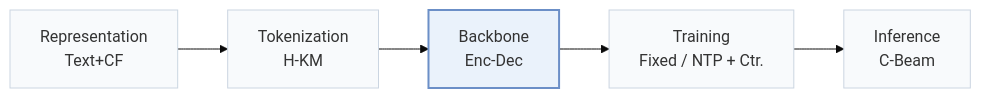
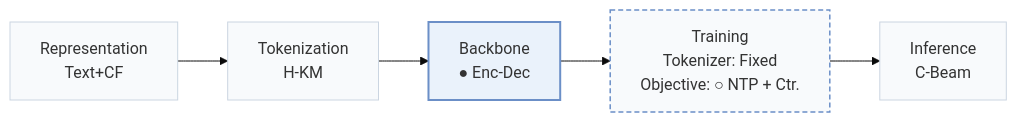
The first of 3 diagrams in pages/papers/colarec.md (Galaxy-ghost/Awesome-SID-Generative-Rec), drawn with Mermaid (base theme) before and after one commit. The commit also changed other lines of this file and 558 other files, not shown here.

````diff
--- a/pages/papers/colarec.md
+++ b/pages/papers/colarec.md
@@ -15,8 +18,10 @@
 ```mermaid
 flowchart LR
-    R["Representation<br/>Text+CF"] --> T["Tokenization<br/>H-KM"] --> B["Backbone<br/>Enc-Dec"] --> TR["Training<br/>Fixed / NTP + Ctr."] --> I["Inference<br/>C-Beam"]
+    R["Representation<br/>Text+CF"] --> T["Tokenization<br/>H-KM"] --> B["Backbone<br/>● Enc-Dec"] --> TR["Training<br/>Tokenizer: Fixed<br/>Objective: ○ NTP + Ctr."] --> I["Inference<br/>C-Beam"]
     classDef base fill:#f8fafc,stroke:#cbd5e1
     class R,T,B,TR,I base
+    classDef other fill:#f8fafc,stroke:#6b8fc7,stroke-width:1.5px,stroke-dasharray:5 3
+    class TR other
     classDef main fill:#eaf2fb,stroke:#6b8fc7,stroke-width:2px
     class B main
 ```
````
